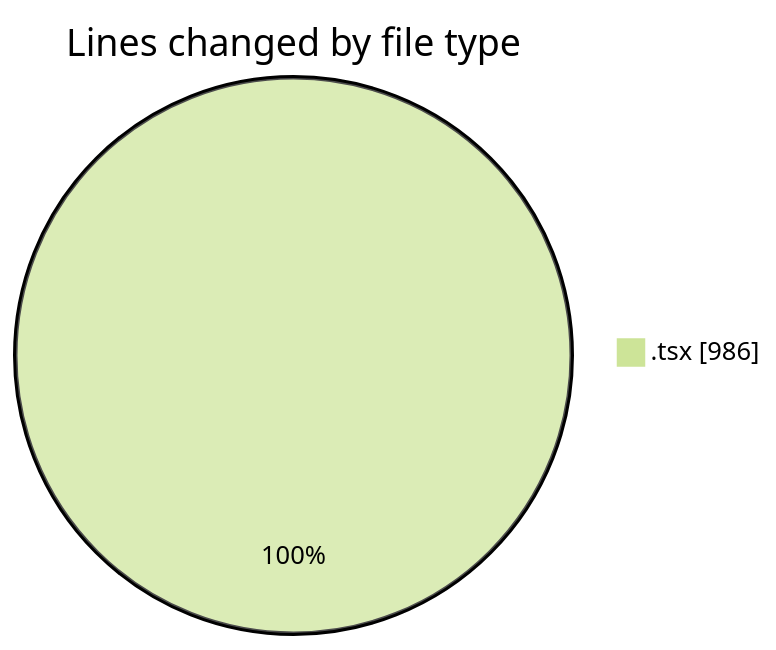
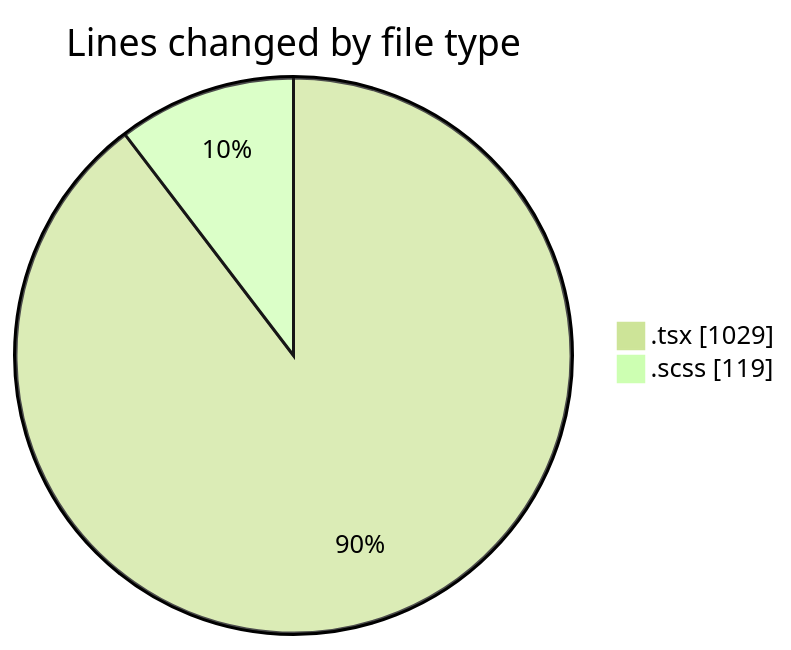
The first of 2 diagrams in 2026-04-23/cda/README.md (momahboobian/code-tracking), drawn with Mermaid (forest theme) before and after one commit. The commit also changed other lines of this file and 1 other file, not shown here.

````diff
--- a/2026-04-23/cda/README.md
+++ b/2026-04-23/cda/README.md
@@ -25,5 +27,6 @@
 ```mermaid
 pie showData
 title Lines changed by file type
-".tsx" : 986
+".tsx" : 1029
+".scss" : 119
 ```
````
